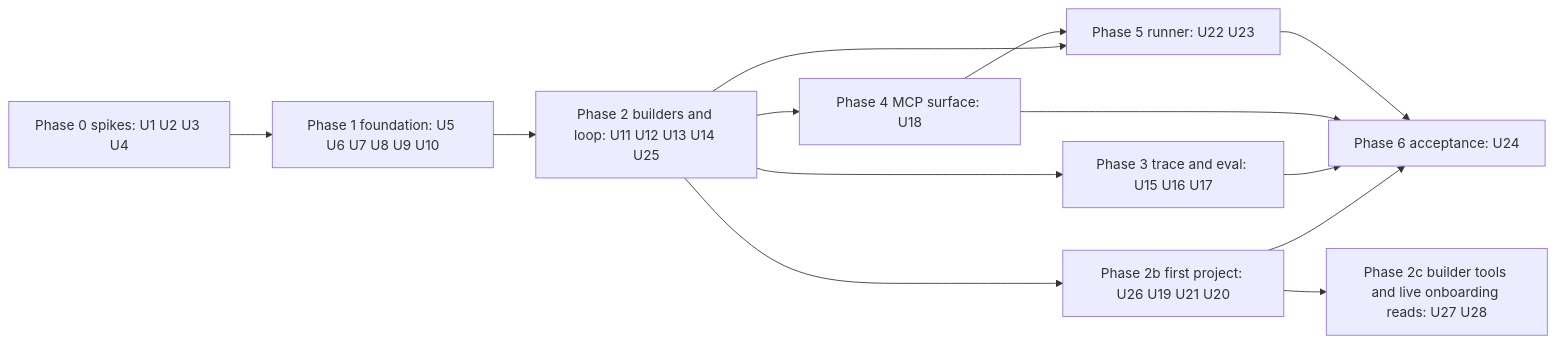
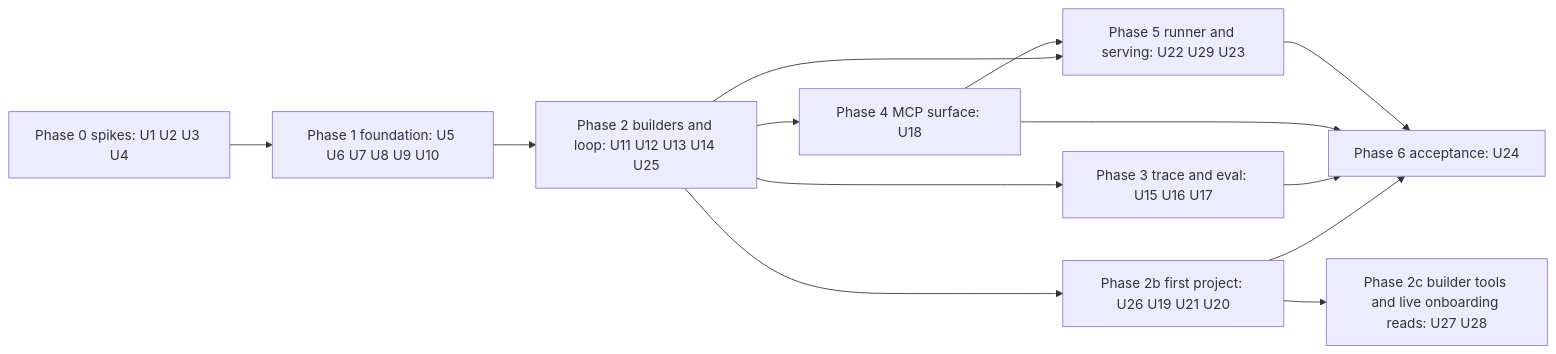
The sixth of 6 diagrams in docs/plans/2026-10-14-1730-feat-slipway-first-version-plan.md (philgutowski/Phactory), drawn with Mermaid before and after one commit. The commit also changed other lines of this file and 1 other file, not shown here.

First line of the commit message:
Plan U29, serving the app and the worker on the VPS

````diff
--- a/docs/plans/2026-10-14-1730-feat-slipway-first-version-plan.md
+++ b/docs/plans/2026-10-14-1730-feat-slipway-first-version-plan.md
@@ -606,15 +608,15 @@
 ```mermaid
 flowchart LR
   P0[Phase 0 spikes: U1 U2 U3 U4] --> P1[Phase 1 foundation: U5 U6 U7 U8 U9 U10]
   P1 --> P2[Phase 2 builders and loop: U11 U12 U13 U14 U25]
   P2 --> P3[Phase 3 trace and eval: U15 U16 U17]
   P2 --> P4[Phase 4 MCP surface: U18]
-  P2 --> P5[Phase 5 runner: U22 U23]
+  P2 --> P5[Phase 5 runner and serving: U22 U29 U23]
   P4 --> P5
   P2 --> P7[Phase 2b first project: U26 U19 U21 U20]
   P7 --> P8[Phase 2c builder tools and live onboarding reads: U27 U28]
   P7 --> P6
   P3 --> P6[Phase 6 acceptance: U24]
   P4 --> P6
   P5 --> P6
 ```
````
